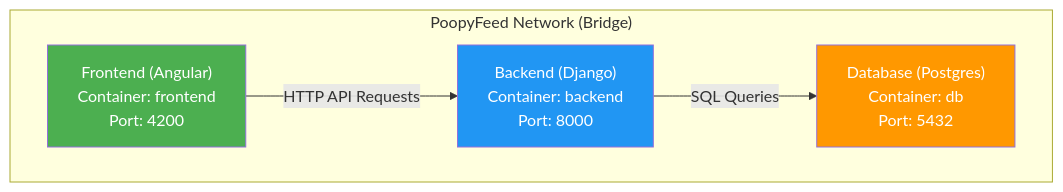
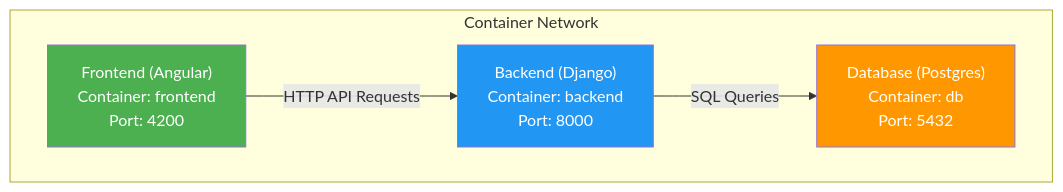
Before and after one commit to DavidMiserak/poopyfeed: the diagram in DEPLOYMENT.md, drawn with Mermaid.

Commit message:
docs: update diagram

````diff
--- a/DEPLOYMENT.md
+++ b/DEPLOYMENT.md
@@ -8,15 +8,15 @@
 ```mermaid
 graph TB
-    subgraph "PoopyFeed Network (Bridge)"
+    subgraph "Container Network"
         frontend["Frontend (Angular)<br/>Container: frontend<br/>Port: 4200"]
         backend["Backend (Django)<br/>Container: backend<br/>Port: 8000"]
         db["Database (Postgres)<br/>Container: db<br/>Port: 5432"]
     end
 
     frontend -->|HTTP API Requests| backend
     backend -->|SQL Queries| db
 
     style frontend fill:#4CAF50,color:#fff
     style backend fill:#2196F3,color:#fff
     style db fill:#FF9800,color:#fff
 ```
````
